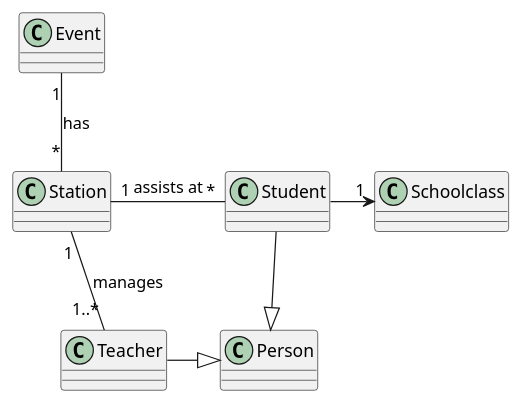
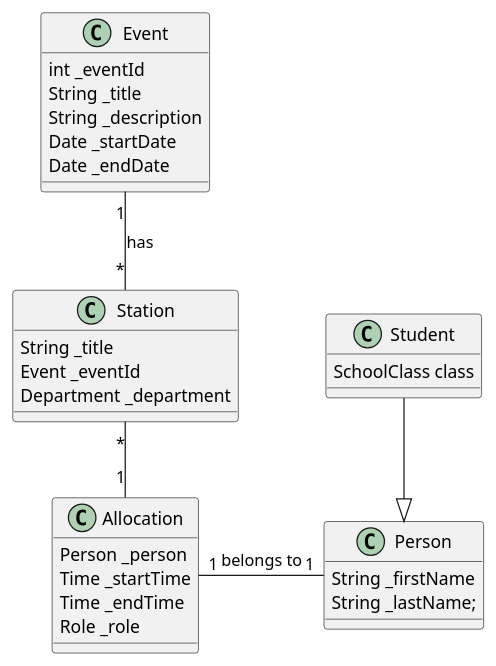
The diagram in klassendiagramm.puml (1920-3ahif-syp/01-project-prposal-EminaSljivic), drawn with PlantUML before and after one commit.

Commit message:
Klassendiagramm

```diff
--- a/klassendiagramm.puml
+++ b/klassendiagramm.puml
@@ -1,8 +1,32 @@
 @startuml
+top to bottom direction
+class Event{
+    int _eventId
+    String _title
+    String _description
+    Date _startDate
+    Date _endDate
+}
+class Station{
+    String _title
+    Event _eventId
+    Department _department
+}
+class Allocation{
+    Person _person
+    Time _startTime
+    Time _endTime
+    Role _role
+}
+class Person{
+    String _firstName
+    String _lastName;
+}
+class Student{
+    SchoolClass class
+}
 Event "1" -- "*" Station : has
-Station "1" -- "1..*" Teacher : manages
-Station "1" -right- "*" Student : assists at
-Student -down-|> Person
-Teacher -right-|> Person
-Student -right-> "1" Schoolclass
+Allocation "1" -right- "1" Person : belongs to
+Student --|> Person
+Station "*" -- "1" Allocation
 @enduml
```
